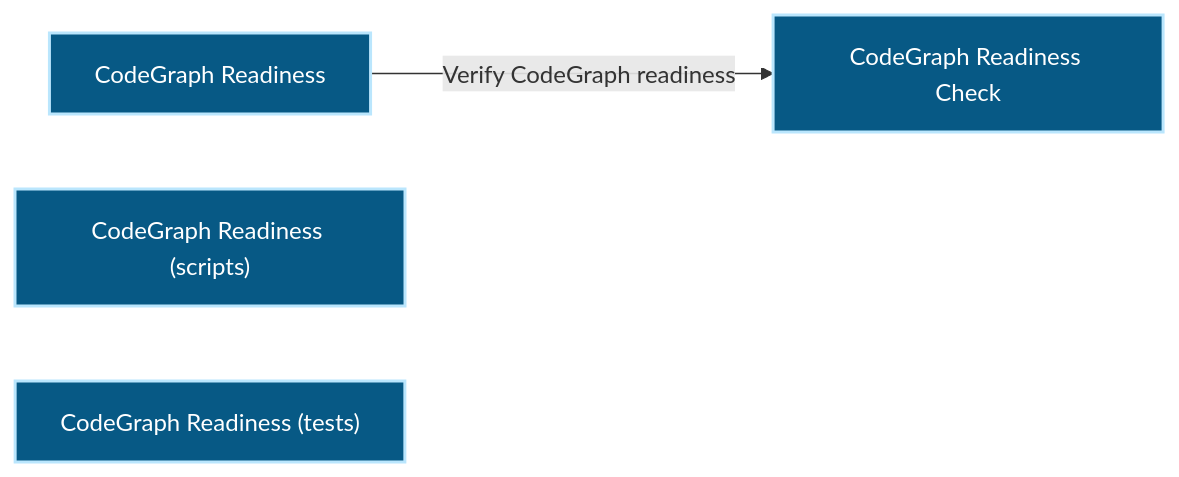
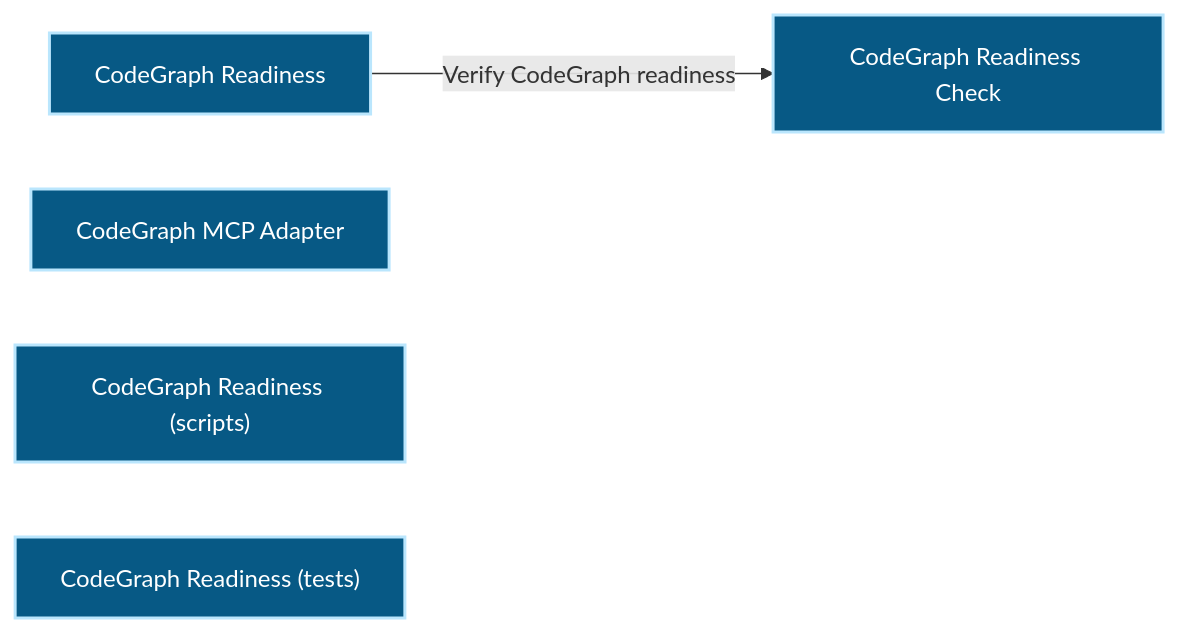
The first of 2 diagrams in docs/architecture/modules/verification/codegraph-readiness.md (Ancienttwo/repo-harness), drawn with Mermaid before and after one commit. The commit also changed other lines of this file and 14 other files, not shown here.

First line of the commit message:
chore(projection): refresh generated architecture outputs for main@ccdc0587af67

````diff
--- a/docs/architecture/modules/verification/codegraph-readiness.md
+++ b/docs/architecture/modules/verification/codegraph-readiness.md
@@ -15,12 +15,13 @@
 ```mermaid
 flowchart LR
   p1_capability_verification_codegraph_readiness_2de91963["CodeGraph Readiness"]:::component
+  p1_component_codegraph_readiness_mcp_adapter_ca49660e["CodeGraph MCP Adapter"]:::component
   p1_component_codegraph_readiness_primary_ea3c45ff["CodeGraph Readiness Check"]:::component
   p1_component_codegraph_readiness_scripts_layer_411e29c3["CodeGraph Readiness (scripts)"]:::component
   p1_component_codegraph_readiness_tests_layer_7504ac63["CodeGraph Readiness (tests)"]:::component
   p1_capability_verification_codegraph_readiness_2de91963 -->|"Verify CodeGraph readiness"| p1_component_codegraph_readiness_primary_ea3c45ff
   classDef actor fill:#111827,color:#ffffff,stroke:#f9fafb,stroke-width:2px
   classDef component fill:#075985,color:#ffffff,stroke:#bae6fd,stroke-width:2px
   classDef datastore fill:#3f6212,color:#ffffff,stroke:#d9f99d,stroke-width:2px
   classDef external fill:#7c2d12,color:#ffffff,stroke:#fed7aa,stroke-width:2px
 ```
````
